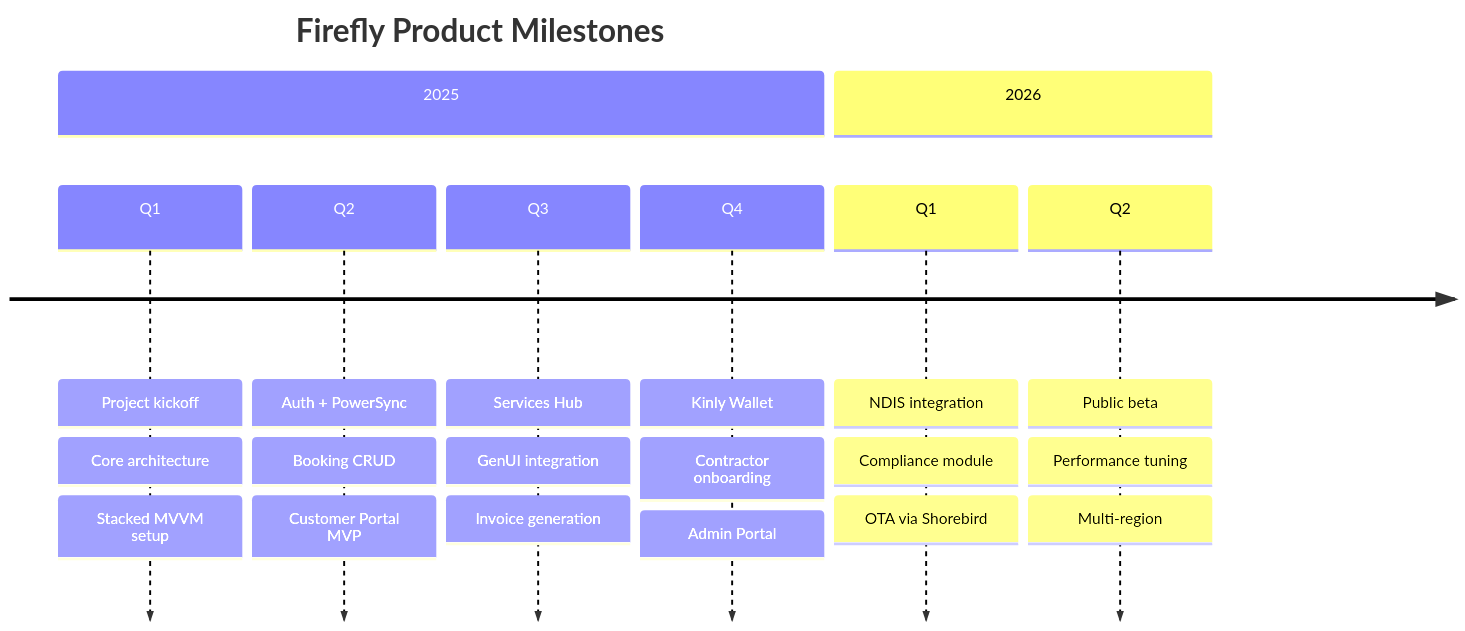
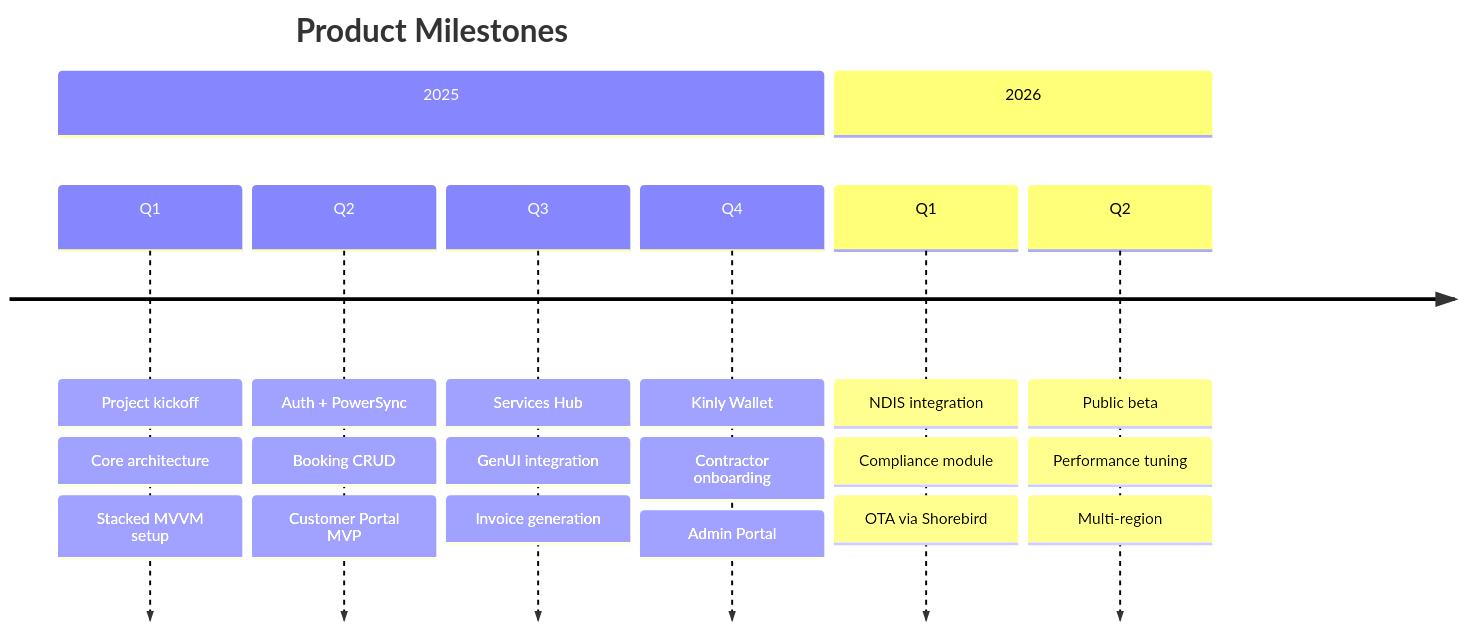
One commit to unfazed-dev/nexus_store changed the fifth of 8 diagrams in .claude/skills/mermaid-diagrams/assets/templates/data-visualization.md. Above: the diagram before and after it, drawn with Mermaid. The commit also changed 10 other files, not shown here.

````diff
--- a/.claude/skills/mermaid-diagrams/assets/templates/data-visualization.md
+++ b/.claude/skills/mermaid-diagrams/assets/templates/data-visualization.md
@@ -100,24 +100,24 @@
 ```mermaid
 timeline
-    title Firefly Product Milestones
+    title Product Milestones
     section 2025
         Q1 : Project kickoff
            : Core architecture
            : Stacked MVVM setup
         Q2 : Auth + PowerSync
            : Booking CRUD
            : Customer Portal MVP
         Q3 : Services Hub
            : GenUI integration
            : Invoice generation
         Q4 : Kinly Wallet
            : Contractor onboarding
            : Admin Portal
     section 2026
         Q1 : NDIS integration
            : Compliance module
            : OTA via Shorebird
         Q2 : Public beta
            : Performance tuning
            : Multi-region
 ```
````
